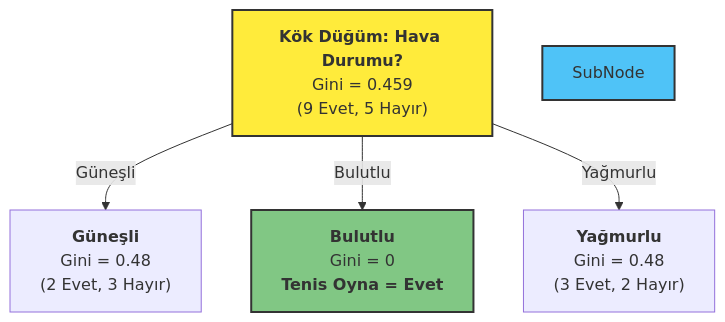
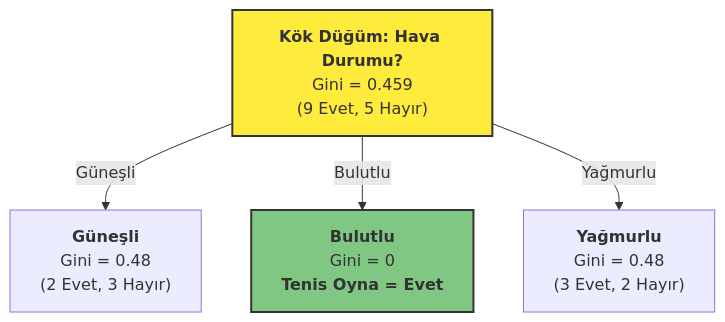
Before and after one commit to erkanozhan/datamining: the seventh of 10 diagrams in Ders_Notu.md, drawn with Mermaid.

````diff
--- a/Ders_Notu.md
+++ b/Ders_Notu.md
@@ -779,15 +779,15 @@
 ```mermaid
 graph TD
     style Root fill:#ffeb3b,stroke:#333,stroke-width:2px
     style LeafYes fill:#81c784,stroke:#333,stroke-width:2px
-    style SubNode fill:#4fc3f7,stroke:#333,stroke-width:2px
+    
 
     Root["<b>Kök Düğüm: Hava Durumu?</b><br/>Gini = 0.459<br/>(9 Evet, 5 Hayır)"]
     SubNode1["<b>Güneşli</b><br/>Gini = 0.48<br/>(2 Evet, 3 Hayır)"]
     LeafYes["<b>Bulutlu</b><br/>Gini = 0<br/><b>Tenis Oyna = Evet</b>"]
     SubNode2["<b>Yağmurlu</b><br/>Gini = 0.48<br/>(3 Evet, 2 Hayır)"]
 
     Root -- "Güneşli" --> SubNode1
     Root -- "Bulutlu" --> LeafYes
     Root -- "Yağmurlu" --> SubNode2
 ```
````
